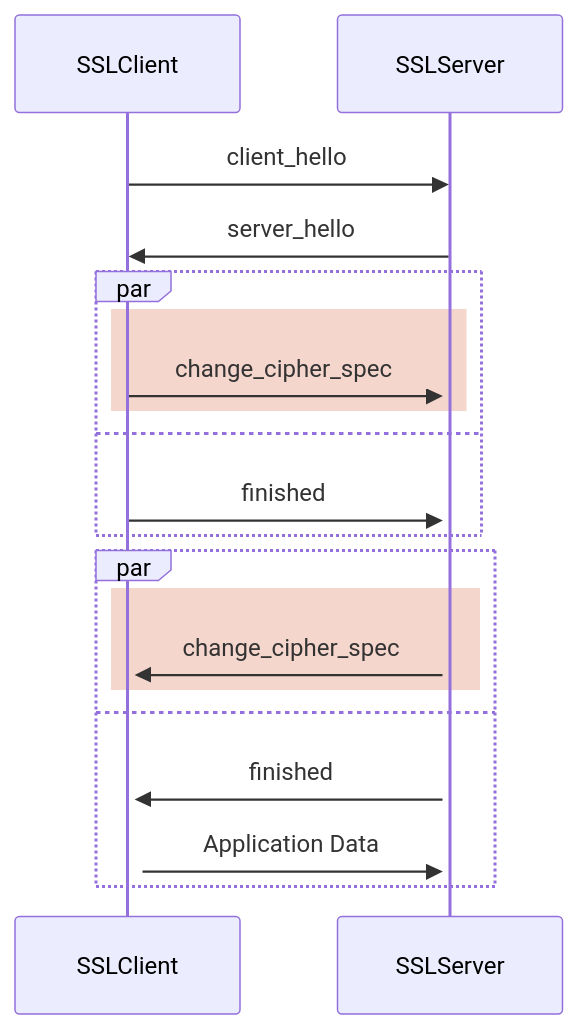
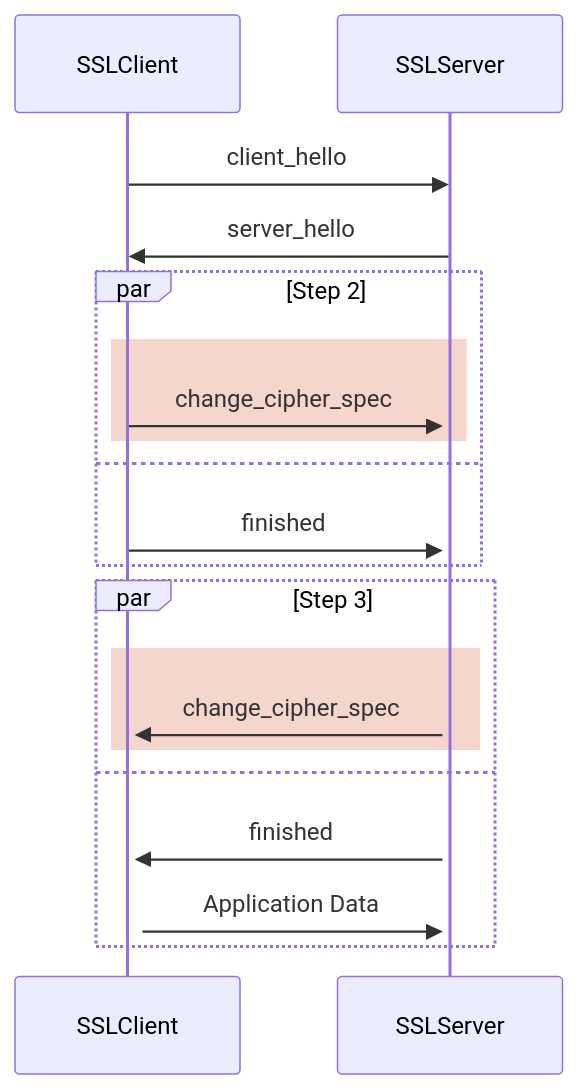
Before and after one commit to jasonren0403/notes: the first of 6 diagrams in notes_dev/net_security/vpn.md, drawn with Mermaid. The commit also changed other lines of this file and 30 other files, not shown here.

````diff
--- a/notes_dev/net_security/vpn.md
+++ b/notes_dev/net_security/vpn.md
@@ -408,22 +412,22 @@
     ```mermaid
     sequenceDiagram
     participant c as SSLClient
     participant s as SSLServer
     c->>s:client_hello
     s->>c:server_hello
-    par
+    par Step 2
     rect rgba(205,51,0,.2)
     c->>+s:change_cipher_spec
     end
     and
     c->>+s:finished
     end
-    par
+    par Step 3
     rect rgba(205,51,0,.2)
     s->>+c:change_cipher_spec
     end
     and
     s->>+c:finished
     c->>s:Application Data
     end
     ```
````
